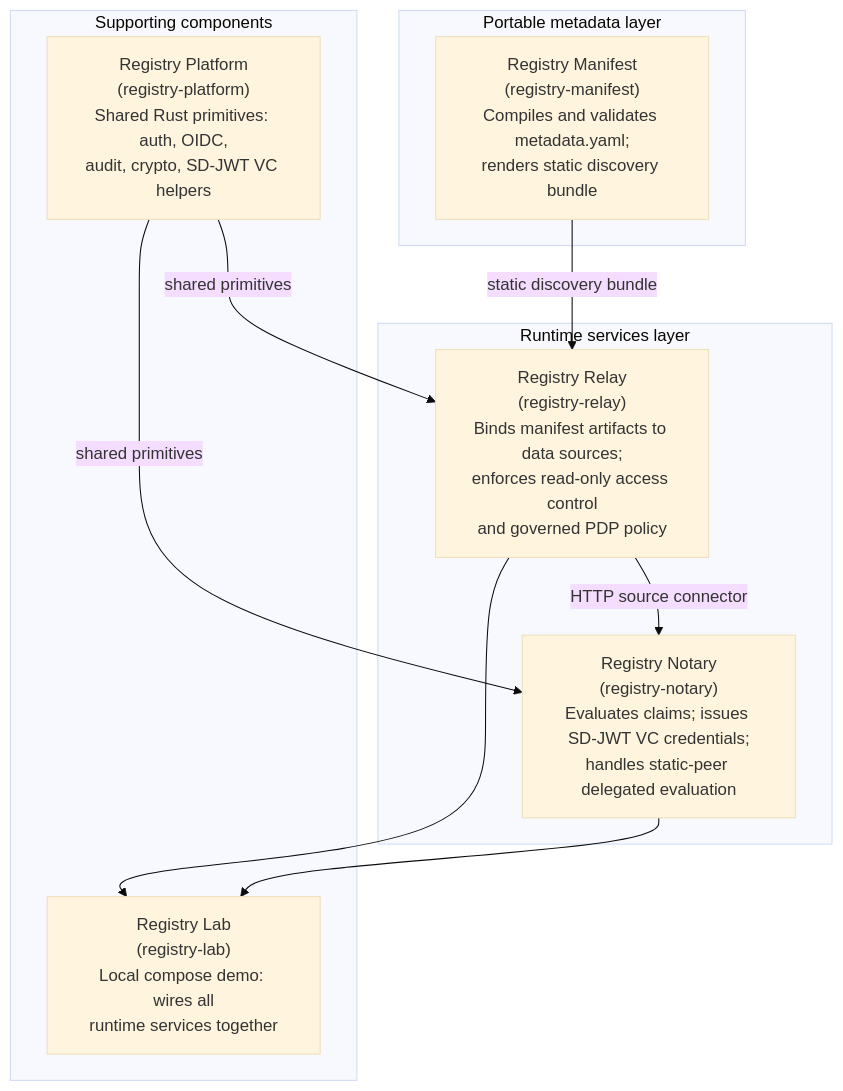
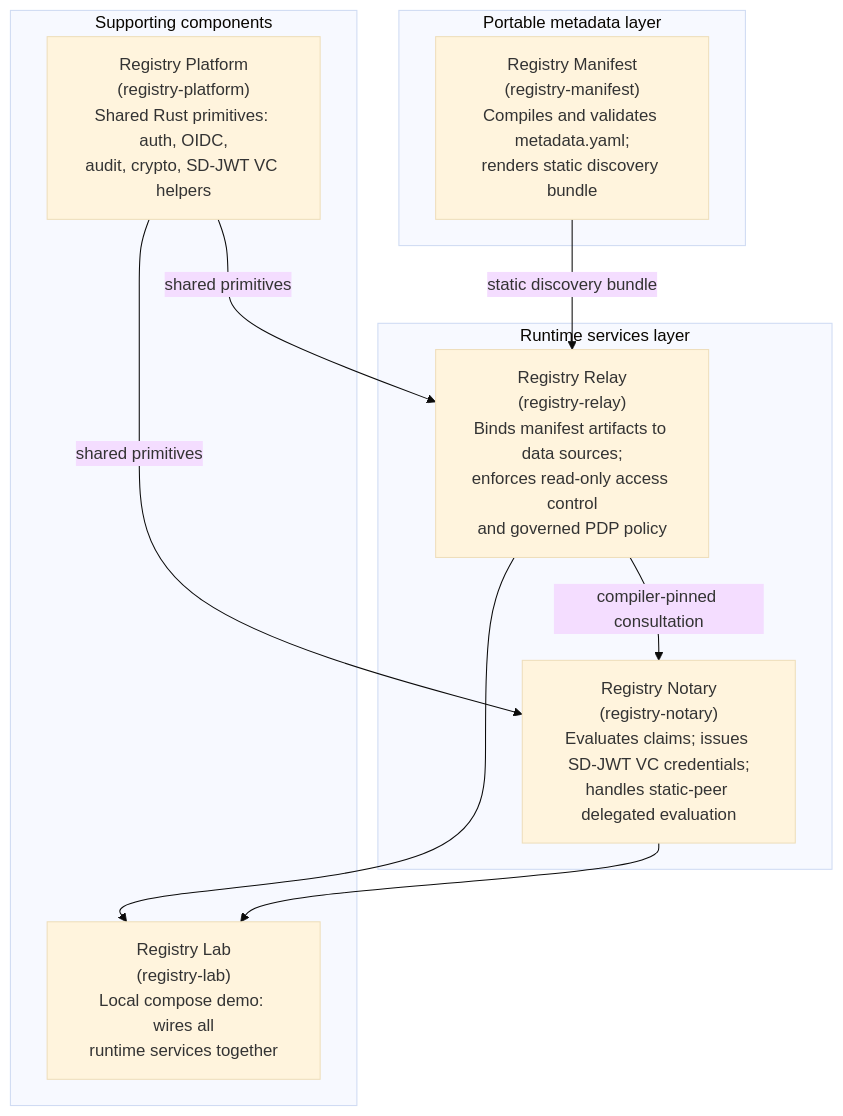
Before and after one commit to registrystack/registry-stack: the diagram in docs/site/src/content/docs/spec/rs-arc-g.mdx, drawn with Mermaid (base theme). The commit also changed other lines of this file and 53 other files, not shown here.

````diff
--- a/docs/site/src/content/docs/spec/rs-arc-g.mdx
+++ b/docs/site/src/content/docs/spec/rs-arc-g.mdx
@@ -85,22 +85,22 @@
 ```mermaid
 flowchart TD
     subgraph portable["Portable metadata layer"]
         manifest["Registry Manifest<br/>(registry-manifest)<br/>Compiles and validates metadata.yaml;<br/>renders static discovery bundle"]
     end
 
     subgraph runtime["Runtime services layer"]
         relay["Registry Relay<br/>(registry-relay)<br/>Binds manifest artifacts to data sources;<br/>enforces read-only access control<br/>and governed PDP policy"]
         notary["Registry Notary<br/>(registry-notary)<br/>Evaluates claims; issues SD-JWT VC credentials;<br/>handles static-peer delegated evaluation"]
     end
 
     subgraph support["Supporting components"]
         platform["Registry Platform<br/>(registry-platform)<br/>Shared Rust primitives: auth, OIDC,<br/>audit, crypto, SD-JWT VC helpers"]
         lab["Registry Lab<br/>(registry-lab)<br/>Local compose demo: wires all<br/>runtime services together"]
     end
 
     manifest -- "static discovery bundle" --> relay
     platform -- "shared primitives" --> relay
     platform -- "shared primitives" --> notary
-    relay -- "HTTP source connector" --> notary
+    relay -- "compiler-pinned consultation" --> notary
     relay & notary --> lab
 ```
````
